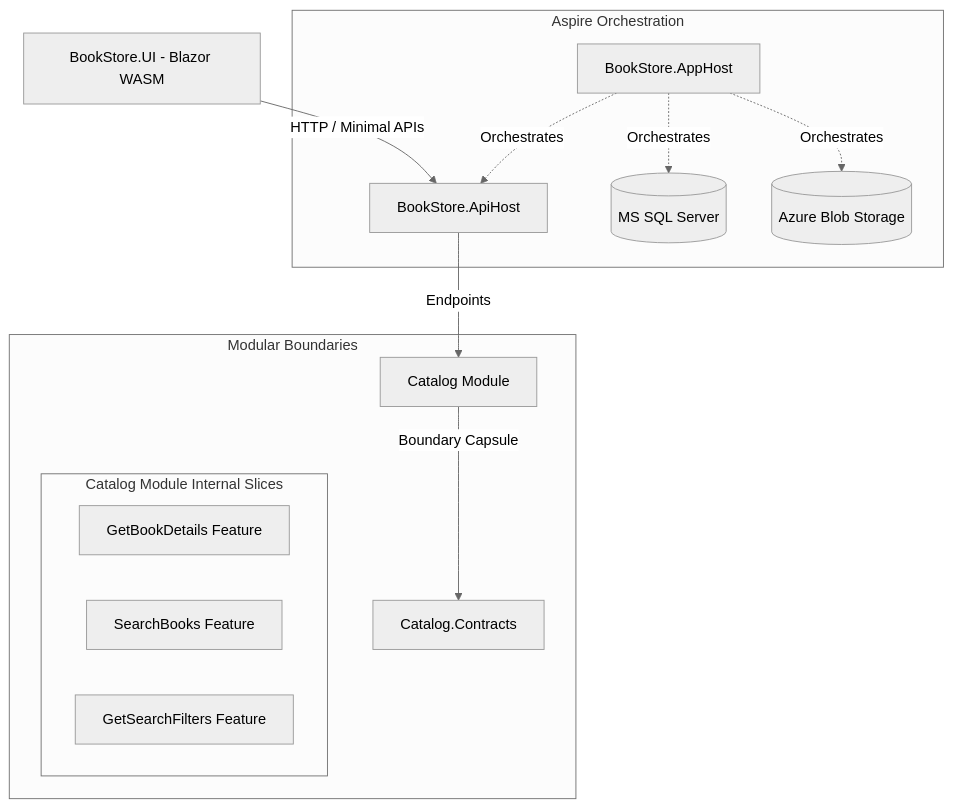
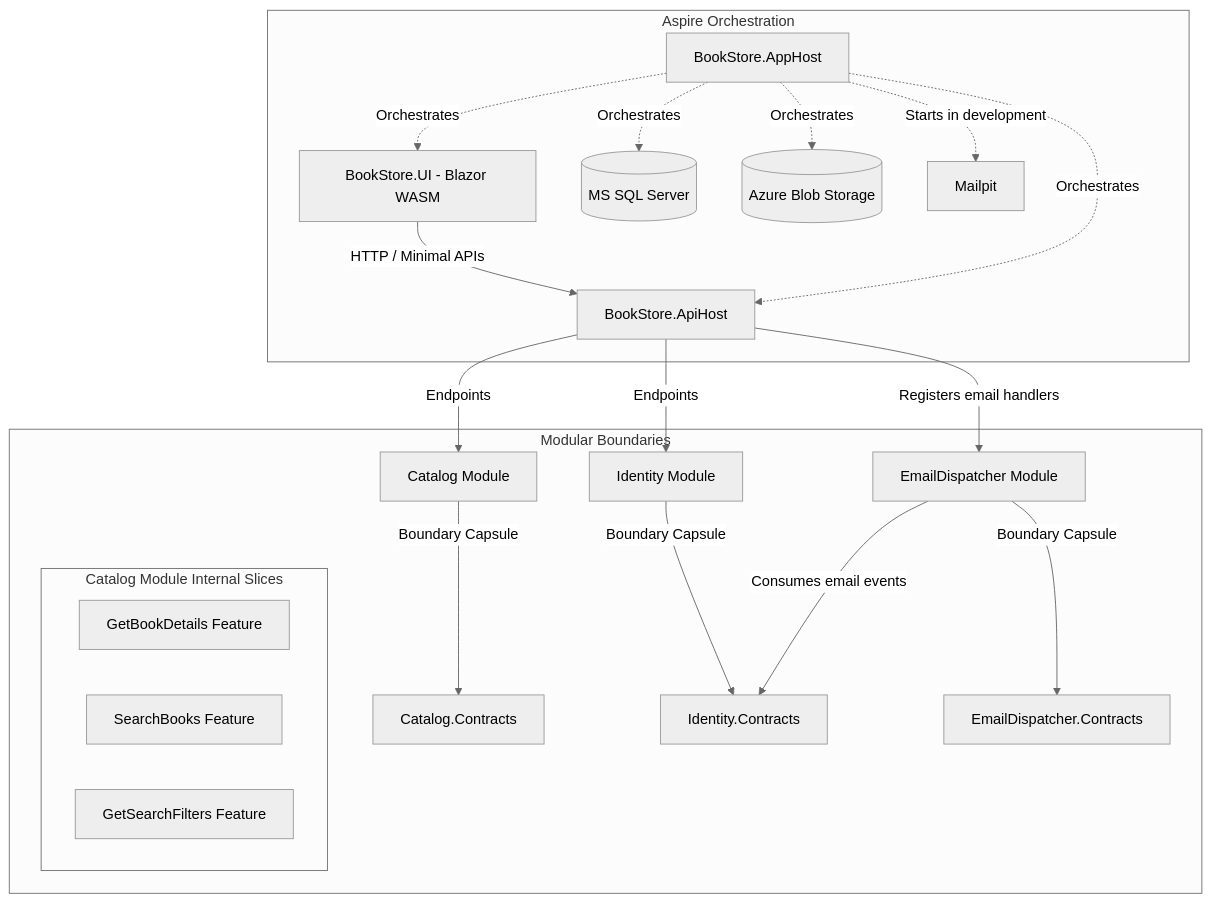
The diagram in README.md (peterkovecses/BookStore), drawn with Mermaid (neutral theme) before and after one commit. The commit also changed other lines of this file and 19 other files, not shown here.

Commit message:
feat(ui): add password recovery flow

````diff
--- a/README.md
+++ b/README.md
@@ -23,21 +23,28 @@
 ```mermaid
 graph TD
     UI[BookStore.UI - Blazor WASM] -->|HTTP / Minimal APIs| Api[BookStore.ApiHost]
     
     subgraph Aspire Orchestration
         Host[BookStore.AppHost] -.->|Orchestrates| Api
+        Host -.->|Orchestrates| UI
         Host -.->|Orchestrates| Db[(MS SQL Server)]
         Host -.->|Orchestrates| Storage[(Azure Blob Storage)]
+        Host -.->|Starts in development| Mailpit[Mailpit]
     end
 
     subgraph Modular Boundaries
         Api -->|Endpoints| Catalog[Catalog Module]
         Catalog -->|Boundary Capsule| CatalogContracts[Catalog.Contracts]
+        Api -->|Endpoints| Identity[Identity Module]
+        Identity -->|Boundary Capsule| IdentityContracts[Identity.Contracts]
+        Api -->|Registers email handlers| EmailDispatcher[EmailDispatcher Module]
+        EmailDispatcher -->|Boundary Capsule| EmailContracts[EmailDispatcher.Contracts]
+        EmailDispatcher -->|Consumes email events| IdentityContracts
         
         subgraph Catalog Module Internal Slices
             GetDetails[GetBookDetails Feature]
             Search[SearchBooks Feature]
             Filters[GetSearchFilters Feature]
         end
     end
 ```
````
